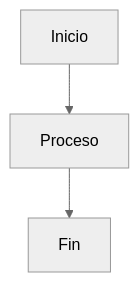
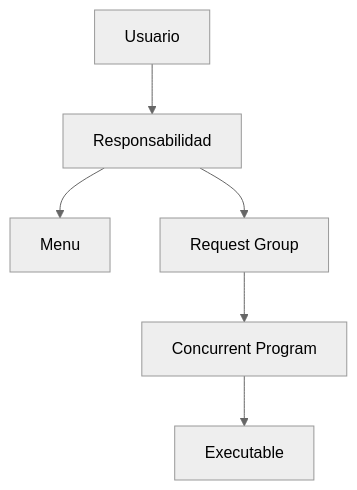
Before and after one commit to andrexamarin/oracle-kb: the second of 3 diagrams in docs/03_ebs/request_groups.md, drawn with Mermaid (neutral theme). The commit also changed other lines of this file and 6 other files, not shown here.

````diff
--- a/docs/03_ebs/request_groups.md
+++ b/docs/03_ebs/request_groups.md
@@ -15,5 +62,26 @@
 ```mermaid
 flowchart TD
-A[Inicio] --> B[Proceso]
-B --> C[Fin]
+
+USER[Usuario]
+
+RESP[Responsabilidad]
+
+MENU[Menu]
+
+RG[Request Group]
+
+PROGRAM[Concurrent Program]
+
+EXEC[Executable]
+
+
+USER --> RESP
+
+RESP --> MENU
+
+RESP --> RG
+
+RG --> PROGRAM
+
+PROGRAM --> EXEC
 ```
````
